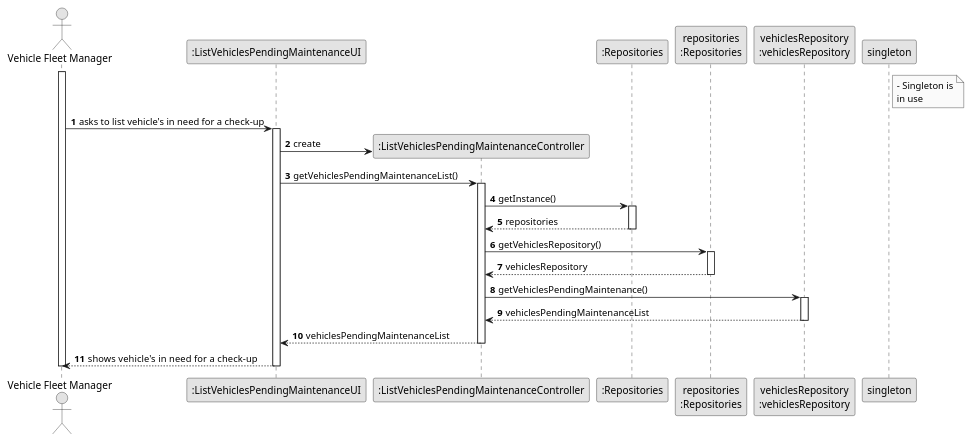
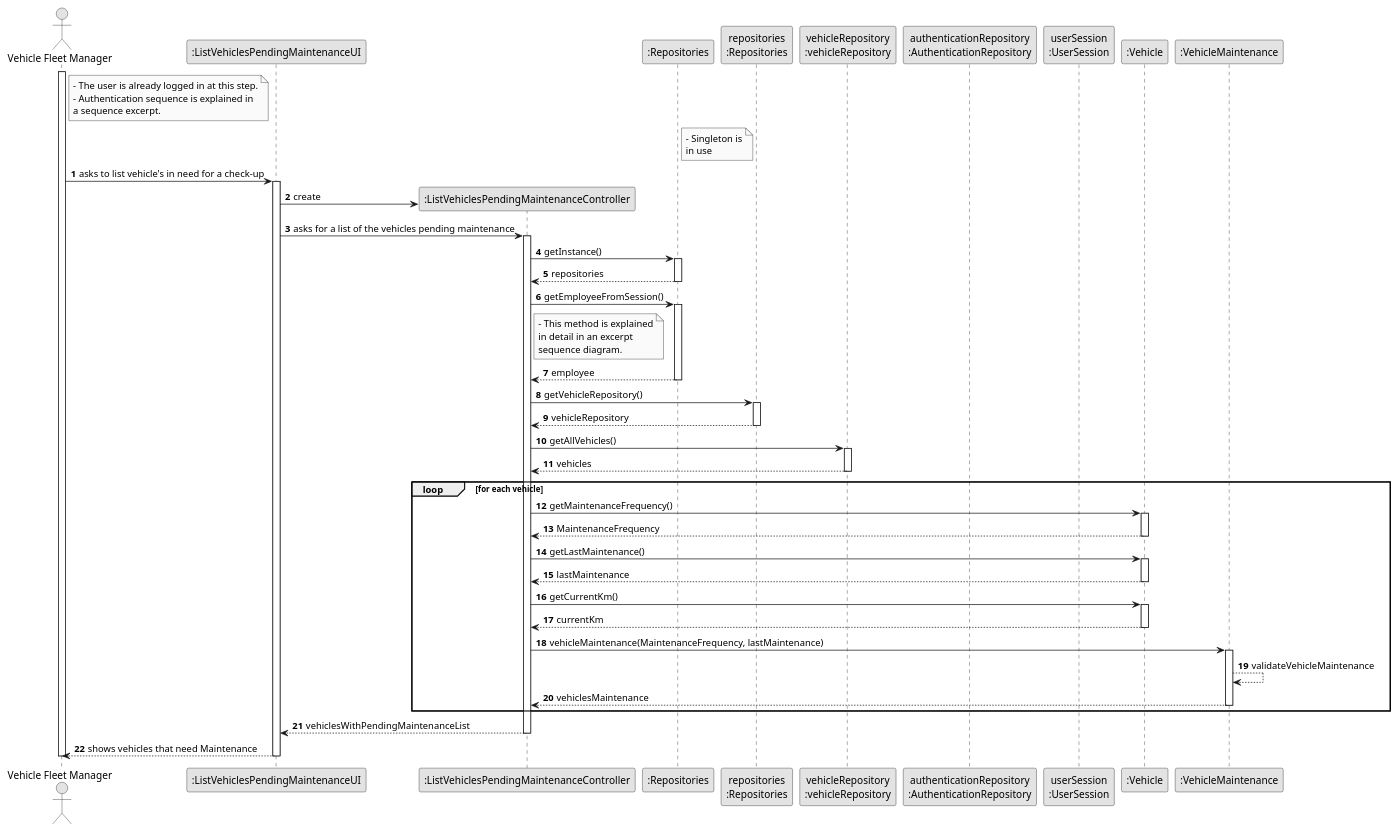
One commit to Paulo-Pereira-at-ISEP/lei-24-s2-1nanb-g321 changed the diagram in docs/sprintB/us08/03.design/puml/us08-sequence-diagram-full.puml. Above: the diagram before and after it, drawn with PlantUML. The commit also changed 34 other files, not shown here.

```diff
--- a/docs/sprintB/us08/03.design/puml/us08-sequence-diagram-full.puml
+++ b/docs/sprintB/us08/03.design/puml/us08-sequence-diagram-full.puml
@@ -1,60 +1,112 @@
 @startuml
 skinparam monochrome true
 skinparam packageStyle rectangle
 skinparam shadowing false
 
 autonumber
 
 'hide footbox
-actor "Vehicle Fleet Manager" as ADM
+actor "Vehicle Fleet Manager" as VFM
 participant ":ListVehiclesPendingMaintenanceUI" as UI
-participant ":ListVehiclesPendingMaintenanceController" as CTRL
-participant ":Repositories" as RepositorySingleton
-participant "repositories\n:Repositories" as PLAT
-participant "vehiclesRepository\n:vehiclesRepository" as VehiclesRepository
+participant ":ListVehiclesPendingMaintenanceController" as controller
+participant ":Repositories" as singleton
+participant "repositories\n:Repositories" as rep
+participant "vehicleRepository\n:vehicleRepository" as vehicleRepository
+participant "authenticationRepository\n:AuthenticationRepository" as AUTH_REPO
+participant "userSession\n:UserSession" as USR_SESSION
+participant ":Vehicle" as vehicle
+participant ":VehicleMaintenance" as VehicleMaintenance
+
+note right of VFM
+    - The user is already logged in at this step.
+    - Authentication sequence is explained in
+    a sequence excerpt.
+end note
 
 note right of singleton
     - Singleton is
     in use
 end note
 
-activate ADM
+activate VFM
 
-        ADM -> UI :asks to list vehicle's in need for a check-up
+        VFM -> UI :asks to list vehicle's in need for a check-up
 
         activate UI
 
-'            UI --> ADM : requests data (reference, description,  informal \n description, technical description, duration, cost)
-            'create CTRL
-            UI -> CTRL** : create
+            UI -> controller** : create
 
-            UI -> CTRL : getVehiclesPendingMaintenanceList()
-            activate CTRL
+            UI -> controller : asks for a list of the vehicles pending maintenance
+            activate controller
 
-                CTRL -> RepositorySingleton : getInstance()
-                activate RepositorySingleton
+                controller -> singleton : getInstance()
+                activate singleton
 
-                    RepositorySingleton --> CTRL: repositories
-                deactivate RepositorySingleton
+                    singleton --> controller: repositories
+                deactivate singleton
 
-                CTRL -> PLAT : getVehiclesRepository()
-                activate PLAT
+                controller -> singleton : getEmployeeFromSession()
 
-                    PLAT --> CTRL: vehiclesRepository
-                deactivate PLAT
+                note right of controller
+                    - This method is explained
+                    in detail in an excerpt
+                    sequence diagram.
+                end note
 
-                CTRL -> VehiclesRepository : getVehiclesPendingMaintenance()
-                activate VehiclesRepository
+                activate singleton
 
-                    VehiclesRepository --> CTRL : vehiclesPendingMaintenanceList
-                deactivate VehiclesRepository
+                singleton --> controller : employee
 
-                CTRL --> UI : vehiclesPendingMaintenanceList
-            deactivate CTRL
+                deactivate singleton
 
-            UI --> ADM : shows  vehicle's in need for a check-up
+                controller -> rep : getVehicleRepository()
+                activate rep
+
+                    rep --> controller: vehicleRepository
+                deactivate rep
+
+                controller -> vehicleRepository : getAllVehicles()
+                activate vehicleRepository
+
+                    vehicleRepository --> controller : vehicles
+                deactivate vehicleRepository
+
+                loop for each vehicle
+
+                controller -> vehicle: getMaintenanceFrequency()
+                activate vehicle
+
+                vehicle --> controller: MaintenanceFrequency
+                deactivate vehicle
+
+                controller -> vehicle: getLastMaintenance()
+                activate vehicle
+
+                vehicle --> controller: lastMaintenance
+                deactivate vehicle
+
+                controller -> vehicle: getCurrentKm()
+                activate vehicle
+
+                vehicle --> controller: currentKm
+                deactivate vehicle
+
+                controller -> VehicleMaintenance: vehicleMaintenance(MaintenanceFrequency, lastMaintenance)
+                activate VehicleMaintenance
+
+                VehicleMaintenance --> VehicleMaintenance: validateVehicleMaintenance
+
+                VehicleMaintenance --> controller: vehiclesMaintenance
+                deactivate VehicleMaintenance
+
+                end
+
+                controller --> UI : vehiclesWithPendingMaintenanceList
+            deactivate controller
+
+            UI --> VFM : shows vehicles that need Maintenance
         deactivate UI
 
-deactivate ADM
+deactivate VFM
 
 @enduml
```
